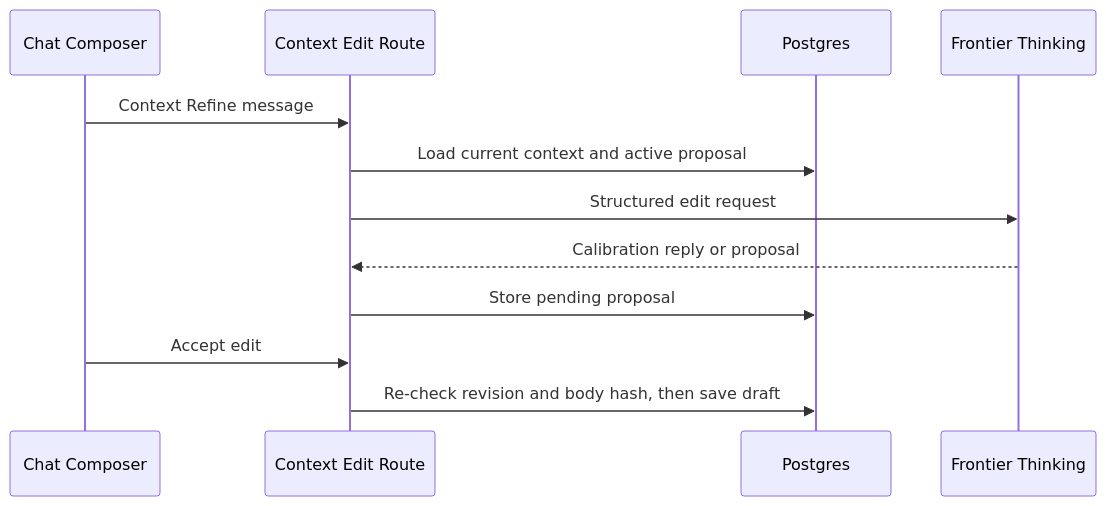
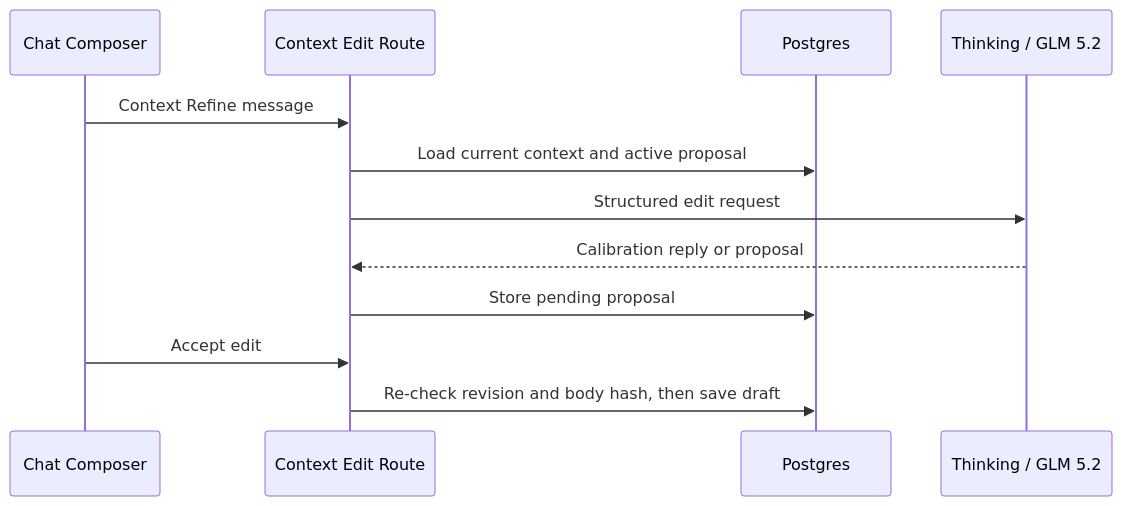
One commit to postfiatorg/tasknode changed the diagram in docs/wiki/surfaces/refine-context.md. Above: the diagram before and after it, drawn with Mermaid. The commit also changed other lines of this file and 204 other files, not shown here.

````diff
--- a/docs/wiki/surfaces/refine-context.md
+++ b/docs/wiki/surfaces/refine-context.md
@@ -30,14 +30,14 @@
 ```mermaid
 sequenceDiagram
   participant UI as Chat Composer
   participant Edit as Context Edit Route
   participant DB as Postgres
-  participant Model as Frontier Thinking
+  participant Model as Thinking / GLM 5.2
   UI->>Edit: Context Refine message
   Edit->>DB: Load current context and active proposal
   Edit->>Model: Structured edit request
   Model-->>Edit: Calibration reply or proposal
   Edit->>DB: Store pending proposal
   UI->>Edit: Accept edit
   Edit->>DB: Re-check revision and body hash, then save draft
 ```
````
